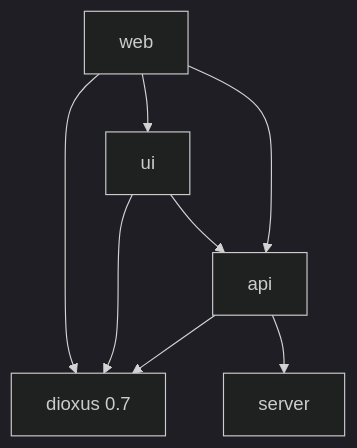
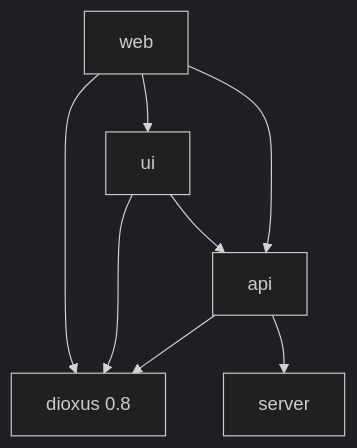
Before and after one commit to nigeleke/cribbage: the diagram in README.md, drawn with Mermaid (dark theme). The commit also changed other lines of this file and 144 other files, not shown here.

````diff
--- a/README.md
+++ b/README.md
@@ -28,19 +28,19 @@
 ```mermaid
 graph TD
-    dioxus["dioxus 0.7"] 
+    dioxus["dioxus 0.8"] 
 
     web["web"]
     ui["ui"] 
     api["api"]
     server["server"]
 
     web --> dioxus
     web --> ui
     web --> api
 
     ui --> dioxus
     ui --> api
     
     api --> dioxus
     api --> server
 ```
````
